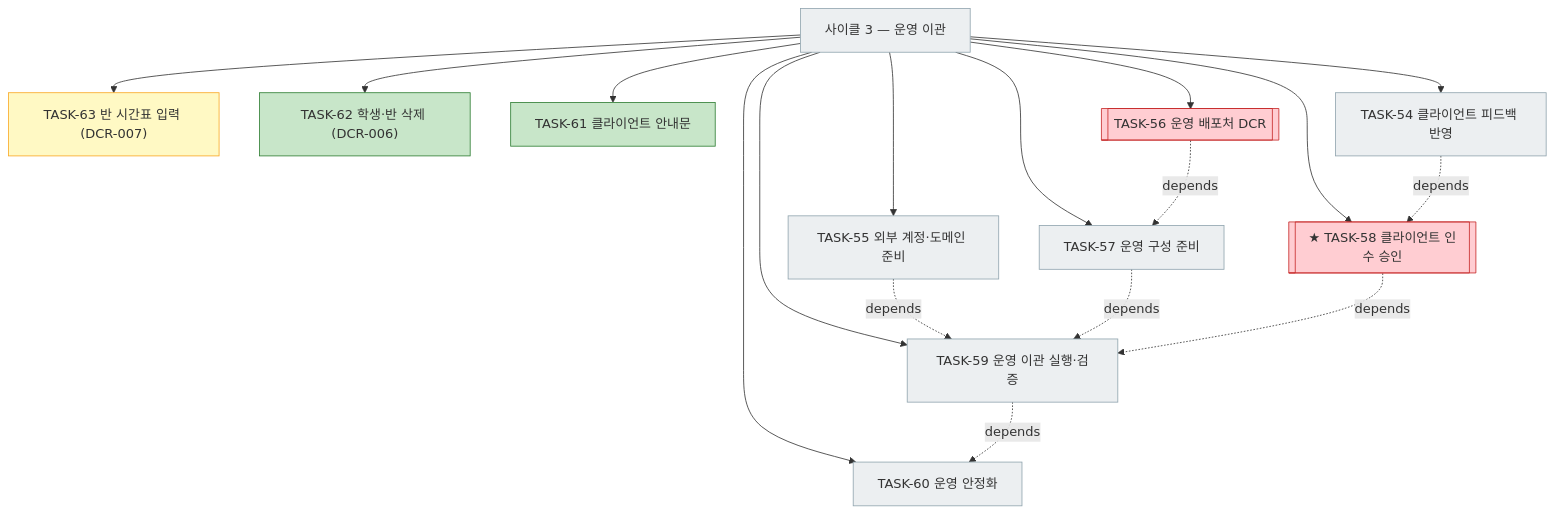
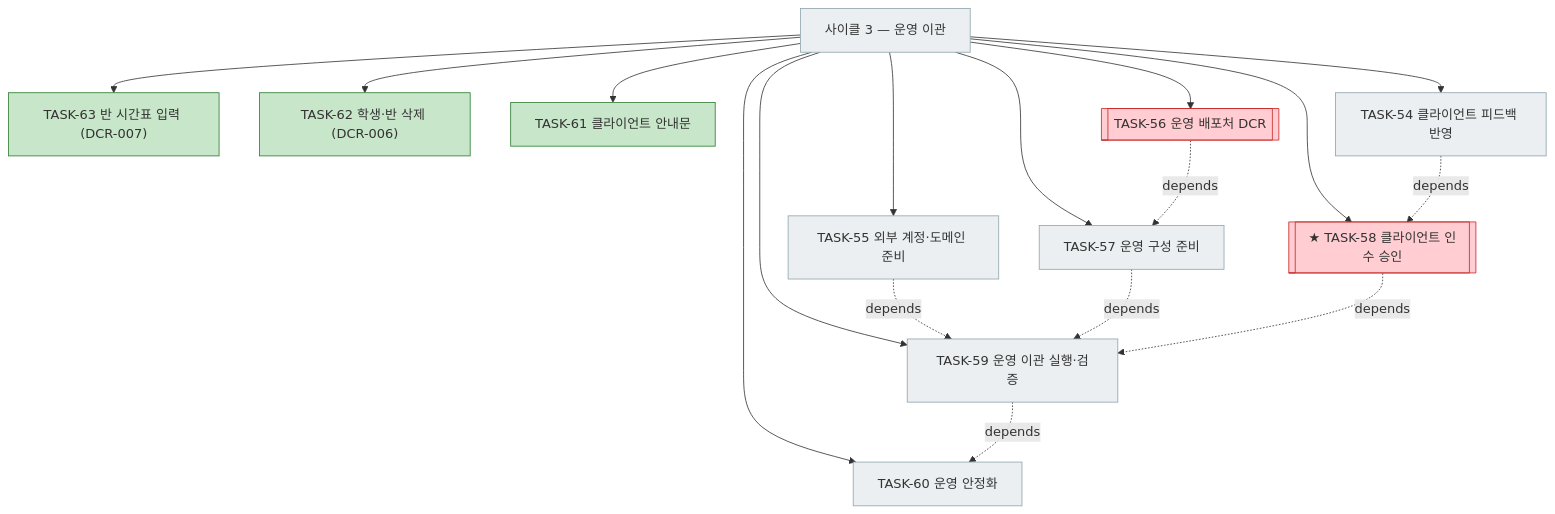
The fourth of 5 diagrams in docs/plan.md (bluesky5008/mathdesk), drawn with Mermaid before and after one commit. The commit also changed other lines of this file and 10 other files, not shown here.

First line of the commit message:
feat: TASK-63 반 시간표 입력 — 요일·시작 시각 (DCR-007, 기준선 v8)

````diff
--- a/docs/plan.md
+++ b/docs/plan.md
@@ -235,24 +235,24 @@
 ```mermaid
 flowchart TD
     C3["사이클 3 — 운영 이관"]:::todo
-    C3 --> T63["TASK-63 반 시간표 입력 (DCR-007)"]:::active
+    C3 --> T63["TASK-63 반 시간표 입력 (DCR-007)"]:::done
     C3 --> T62["TASK-62 학생·반 삭제 (DCR-006)"]:::done
     C3 --> T61["TASK-61 클라이언트 안내문"]:::done
     C3 --> T54["TASK-54 클라이언트 피드백 반영"]:::todo
     C3 --> T55["TASK-55 외부 계정·도메인 준비"]:::todo
     C3 --> T56[["TASK-56 운영 배포처 DCR"]]:::gate
     C3 --> T57["TASK-57 운영 구성 준비"]:::todo
     C3 --> T58[["★ TASK-58 클라이언트 인수 승인"]]:::gate
     C3 --> T59["TASK-59 운영 이관 실행·검증"]:::todo
     C3 --> T60["TASK-60 운영 안정화"]:::todo
     T56 -. depends .-> T57
     T54 -. depends .-> T58
     T55 -. depends .-> T59
     T57 -. depends .-> T59
     T58 -. depends .-> T59
     T59 -. depends .-> T60
     classDef done fill:#c8e6c9,stroke:#2e7d32
     classDef active fill:#fff9c4,stroke:#f9a825
     classDef todo fill:#eceff1,stroke:#90a4ae
     classDef gate fill:#ffcdd2,stroke:#c62828
 ```
````
